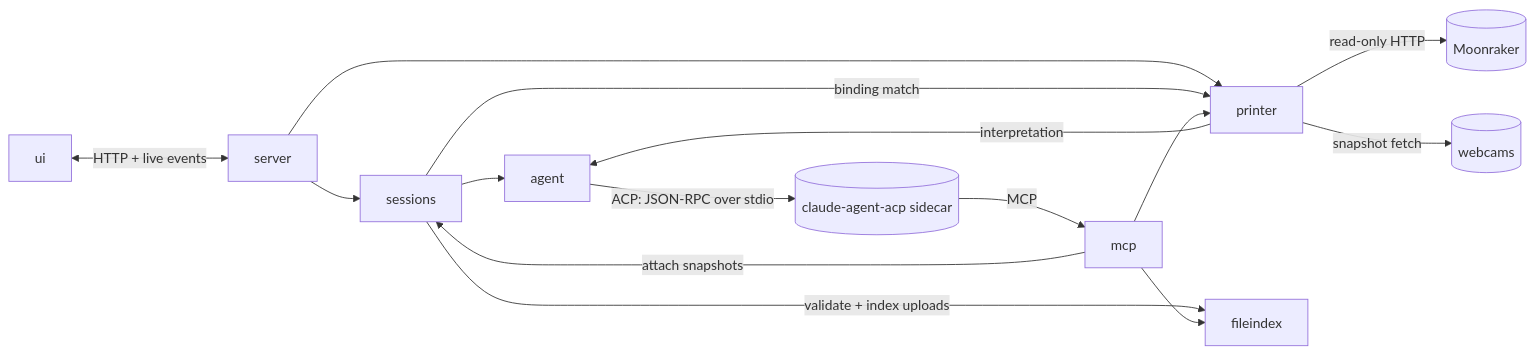
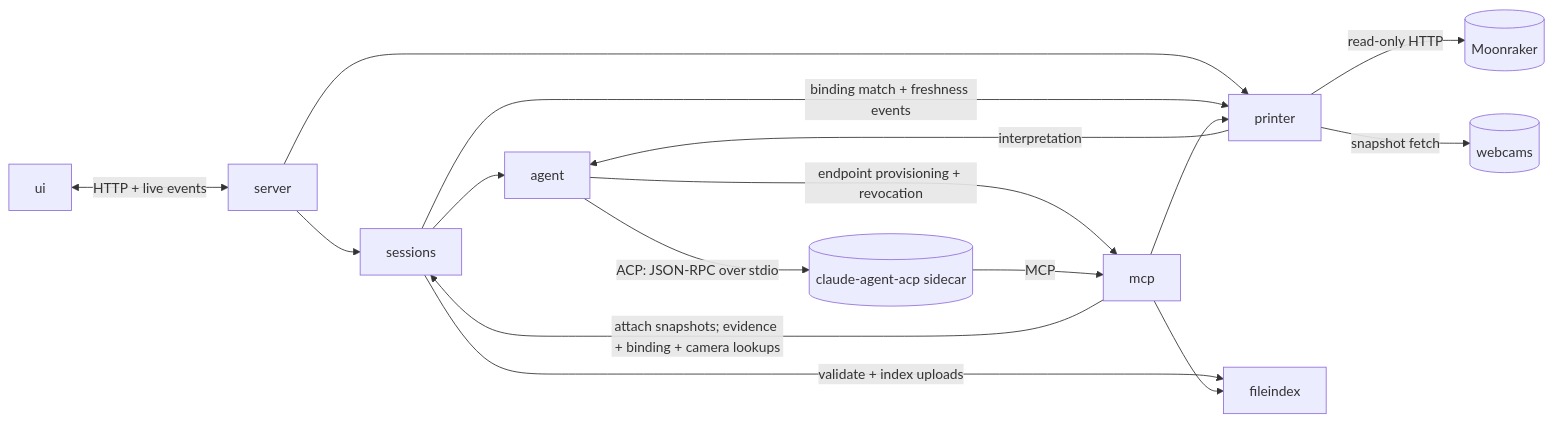
Before and after one commit to roleroz/filamentary: the diagram in engineering/architecture.md, drawn with Mermaid. The commit also changed other lines of this file and 9 other files, not shown here.

First line of the commit message:
Add approved interface contracts and architecture delta; delete the harvest

````diff
--- a/engineering/architecture.md
+++ b/engineering/architecture.md
@@ -23,17 +23,18 @@
 ```mermaid
 graph LR
     UI[ui] <-->|HTTP + live events| SRV[server]
     SRV --> SES[sessions]
     SRV --> PRN[printer]
     SES --> AGT[agent]
     SES -->|validate + index uploads| FIL
-    SES -->|binding match| PRN
+    SES -->|binding match + freshness events| PRN
     AGT -->|ACP: JSON-RPC over stdio| BCK[(claude-agent-acp sidecar)]
+    AGT -->|endpoint provisioning + revocation| MCP
     BCK -->|MCP| MCP[mcp]
     MCP --> FIL[fileindex]
     MCP --> PRN
-    MCP -->|attach snapshots| SES
+    MCP -->|attach snapshots; evidence + binding + camera lookups| SES
     PRN -->|read-only HTTP| MR[(Moonraker)]
     PRN -->|snapshot fetch| CAM[(webcams)]
     PRN -->|interpretation| AGT
 ```
````
